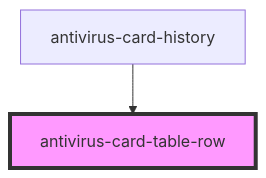
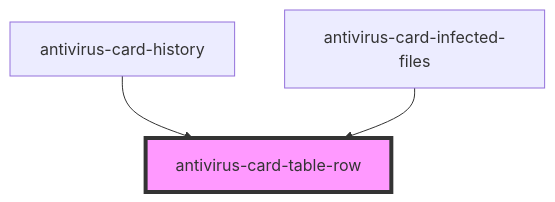
One commit to ispsystem/plugin-imunify changed the diagram in packages/antivirus-card/src/components/table-row/readme.md. Above: the diagram before and after it, drawn with Mermaid. The commit also changed other lines of this file and 9 other files, not shown here.

````diff
--- a/packages/antivirus-card/src/components/table-row/readme.md
+++ b/packages/antivirus-card/src/components/table-row/readme.md
@@ -23,5 +24,6 @@
 ```mermaid
 graph TD;
   antivirus-card-history --> antivirus-card-table-row
+  antivirus-card-infected-files --> antivirus-card-table-row
   style antivirus-card-table-row fill:#f9f,stroke:#333,stroke-width:4px
 ```
````
